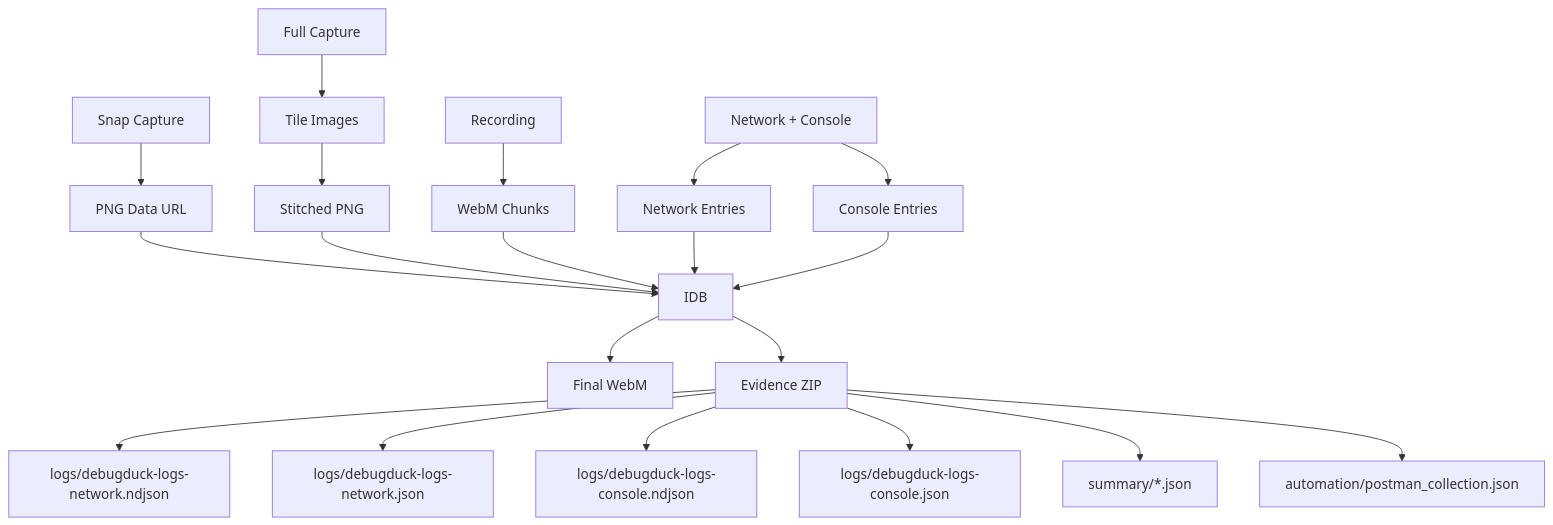
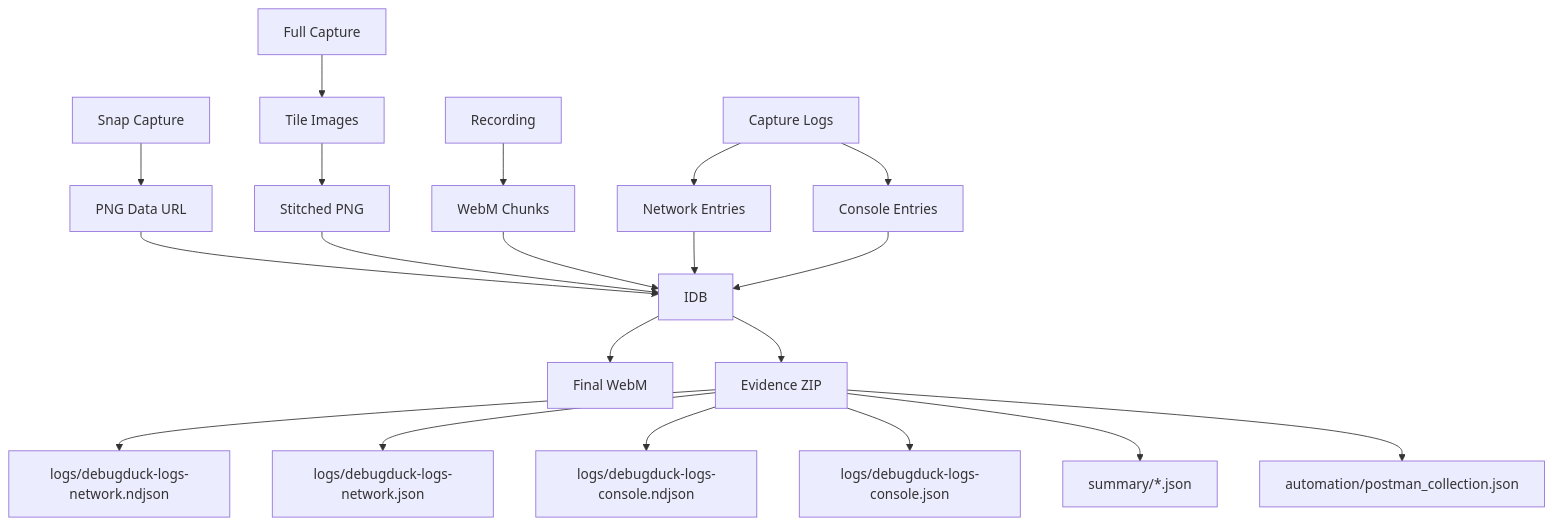
Before and after one commit to Kishorekomminenik/CleanrMLP1: the sixth of 7 diagrams in extension/docs/architecture/repro-architecture-v1.md, drawn with Mermaid. The commit also changed 5 other files, not shown here.

````diff
--- a/extension/docs/architecture/repro-architecture-v1.md
+++ b/extension/docs/architecture/repro-architecture-v1.md
@@ -178,25 +178,25 @@
 ```mermaid
 flowchart TD
   Snap[Snap Capture] --> ShotData[PNG Data URL]
   Full[Full Capture] --> Tiles[Tile Images]
   Tiles --> FullImage[Stitched PNG]
   ShotData --> IDB
   FullImage --> IDB
 
   Record[Recording] --> Chunks[WebM Chunks]
   Chunks --> IDB
   IDB --> FinalWebM[Final WebM]
 
-  Logs[Network + Console] --> NetEntries[Network Entries]
+  Logs[Capture Logs] --> NetEntries[Network Entries]
   Logs --> ConsoleEntries[Console Entries]
   NetEntries --> IDB
   ConsoleEntries --> IDB
 
   IDB --> ExportZIP[Evidence ZIP]
   ExportZIP --> LogsNDJSON[logs/debugduck-logs-network.ndjson]
   ExportZIP --> LogsJSON[logs/debugduck-logs-network.json]
   ExportZIP --> ConsoleNDJSON[logs/debugduck-logs-console.ndjson]
   ExportZIP --> ConsoleJSON[logs/debugduck-logs-console.json]
   ExportZIP --> Summary[summary/*.json]
   ExportZIP --> Postman[automation/postman_collection.json]
 ```
````
